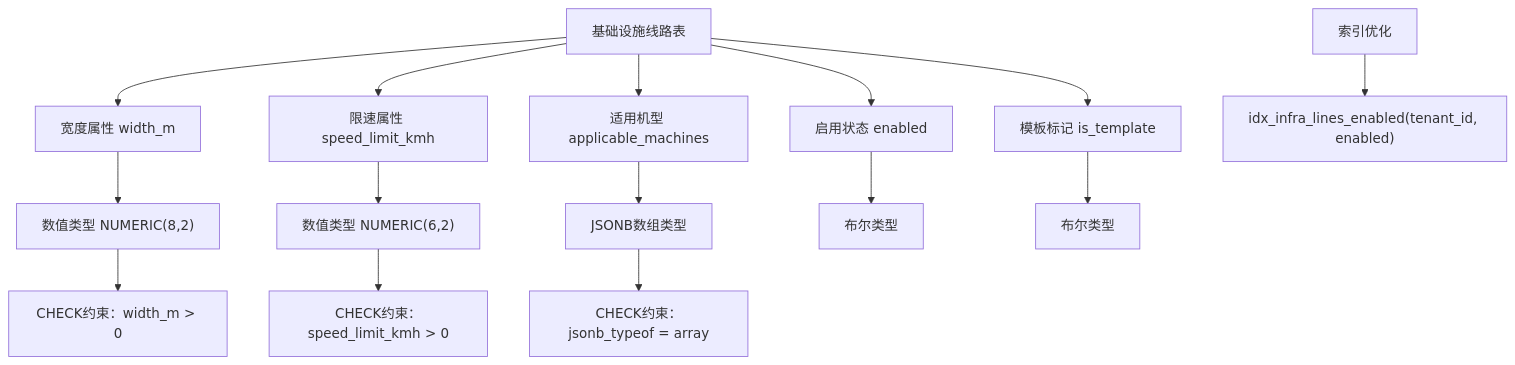
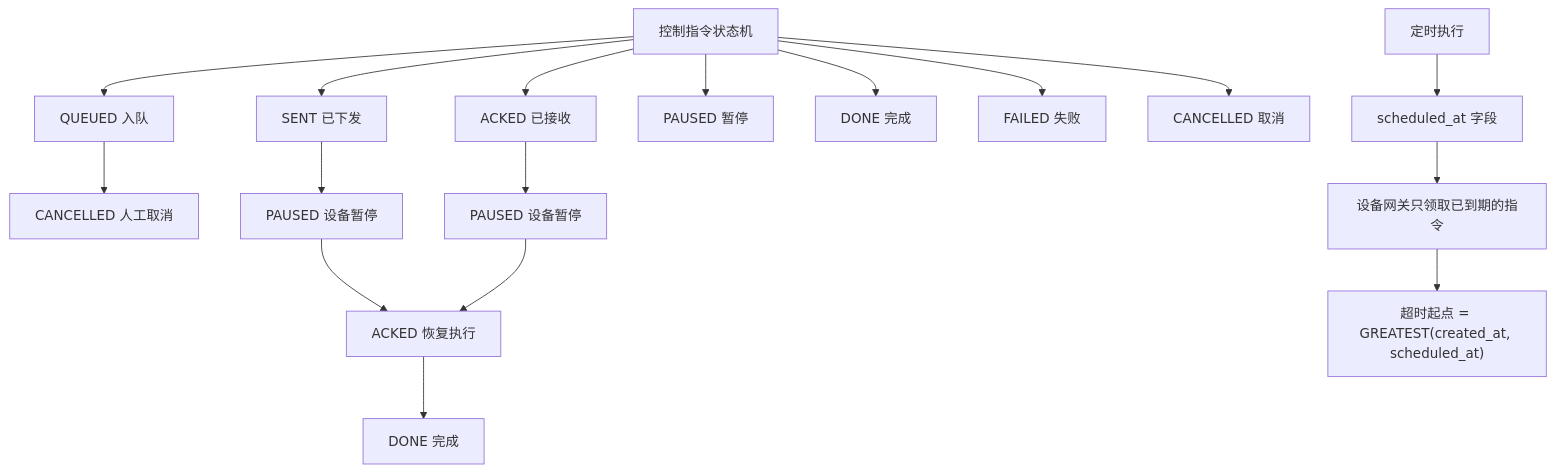
The fifth of 31 diagrams in .qoder/repowiki/zh/content/数据库设计/数据库设计.md (q446328246/agri-platform), drawn with Mermaid before and after one commit. The commit also changed other lines of this file and 46 other files, not shown here.

````diff
--- a/.qoder/repowiki/zh/content/数据库设计/数据库设计.md
+++ b/.qoder/repowiki/zh/content/数据库设计/数据库设计.md
@@ -1097,17 +1167,19 @@
 ```mermaid
 flowchart TD
-A["基础设施线路表"] --> B["宽度属性 width_m"]
-A --> C["限速属性 speed_limit_kmh"]
-A --> D["适用机型 applicable_machines"]
-A --> E["启用状态 enabled"]
-A --> F["模板标记 is_template"]
-B --> G["数值类型 NUMERIC(8,2)"]
-C --> H["数值类型 NUMERIC(6,2)"]
-D --> I["JSONB数组类型"]
-E --> J["布尔类型"]
-F --> K["布尔类型"]
-G --> L["CHECK约束：width_m > 0"]
-H --> M["CHECK约束：speed_limit_kmh > 0"]
-I --> N["CHECK约束：jsonb_typeof = array"]
-O["索引优化"] --> P["idx_infra_lines_enabled(tenant_id, enabled)"]
+A["控制指令状态机"] --> B["QUEUED 入队"]
+A --> C["SENT 已下发"]
+A --> D["ACKED 已接收"]
+A --> E["PAUSED 暂停"]
+A --> F["DONE 完成"]
+A --> G["FAILED 失败"]
+A --> H["CANCELLED 取消"]
+B --> I["CANCELLED 人工取消"]
+C --> J["PAUSED 设备暂停"]
+D --> K["PAUSED 设备暂停"]
+J --> L["ACKED 恢复执行"]
+K --> L
+L --> M["DONE 完成"]
+N["定时执行"] --> O["scheduled_at 字段"]
+O --> P["设备网关只领取已到期的指令"]
+P --> Q["超时起点 = GREATEST(created_at, scheduled_at)"]
 ```
````
